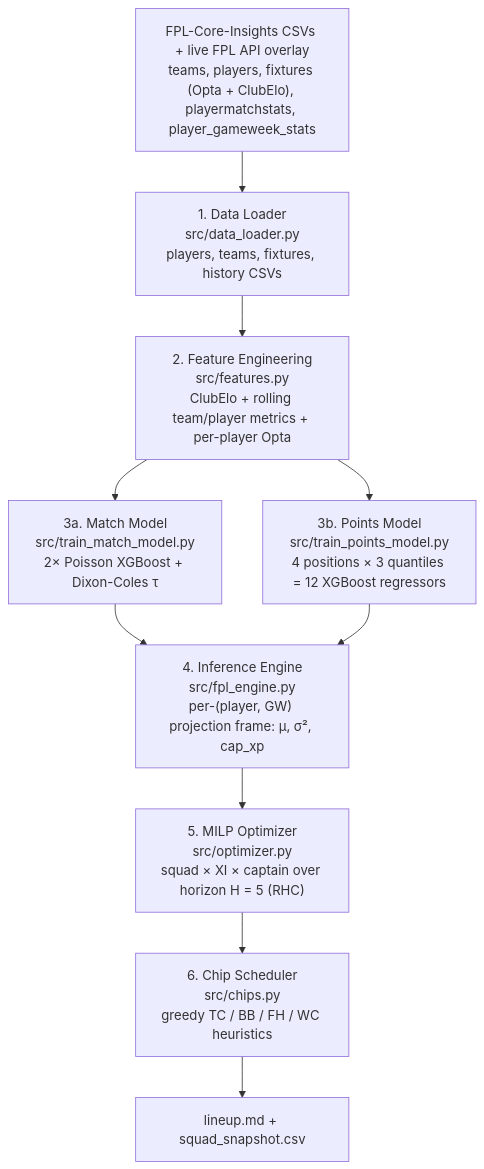
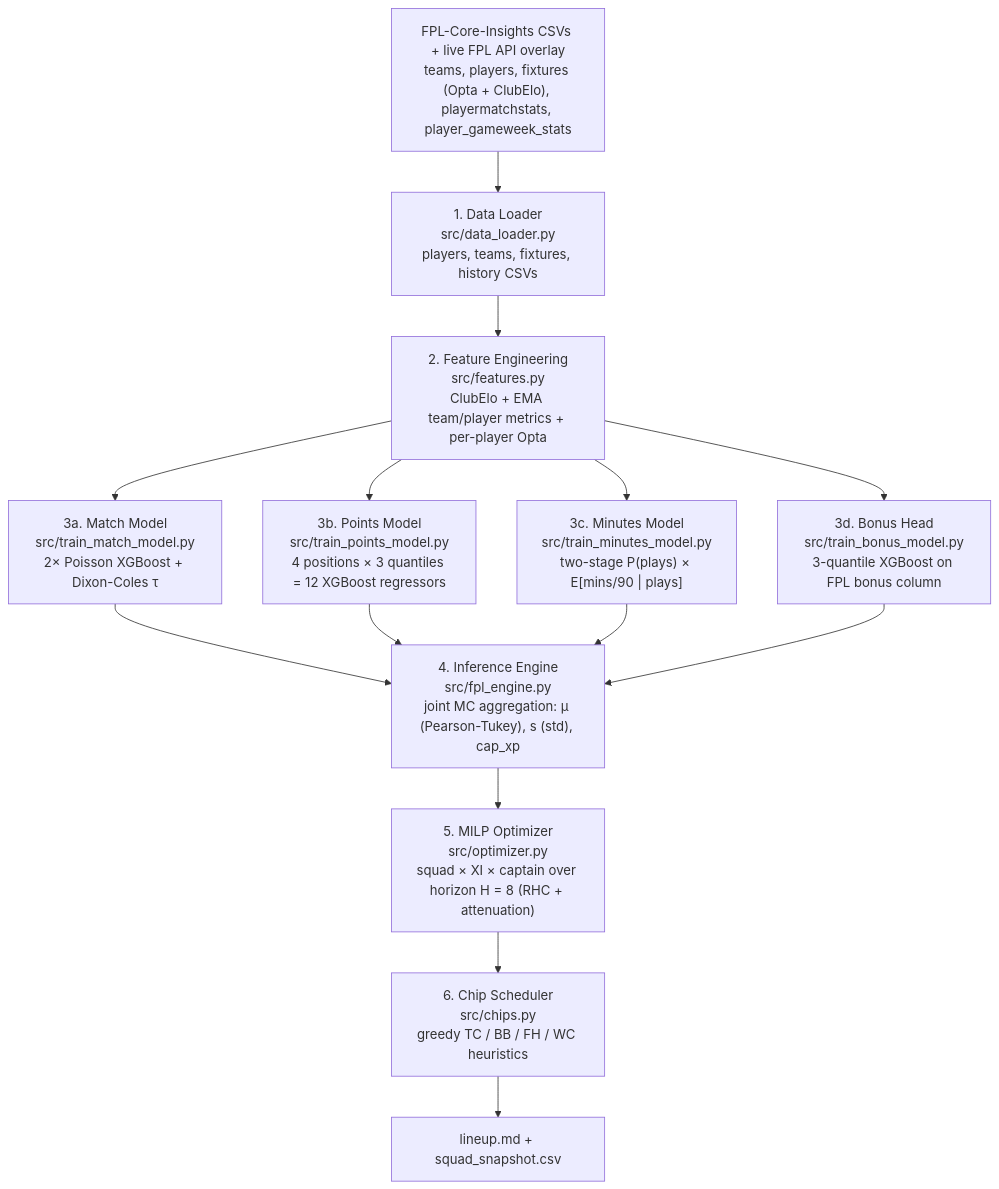
One commit to truong-tt/fpl-ml-manager changed the diagram in docs/README.md. Above: the diagram before and after it, drawn with Mermaid. The commit also changed other lines of this file and 16 other files, not shown here.

Commit message:
feat: ship bonus head, MC aggregator, two-stage mins, h=8 RHC

````diff
--- a/docs/README.md
+++ b/docs/README.md
@@ -38,18 +39,24 @@
 ```mermaid
 flowchart TD
     A["FPL-Core-Insights CSVs + live FPL API overlay<br/>teams, players, fixtures (Opta + ClubElo), playermatchstats, player_gameweek_stats"]
     B["1. Data Loader<br/>src/data_loader.py<br/>players, teams, fixtures, history CSVs"]
-    C["2. Feature Engineering<br/>src/features.py<br/>ClubElo + rolling team/player metrics + per-player Opta"]
+    C["2. Feature Engineering<br/>src/features.py<br/>ClubElo + EMA team/player metrics + per-player Opta"]
     D["3a. Match Model<br/>src/train_match_model.py<br/>2× Poisson XGBoost + Dixon-Coles τ"]
     E["3b. Points Model<br/>src/train_points_model.py<br/>4 positions × 3 quantiles = 12 XGBoost regressors"]
-    F["4. Inference Engine<br/>src/fpl_engine.py<br/>per-(player, GW) projection frame: μ, σ², cap_xp"]
-    G["5. MILP Optimizer<br/>src/optimizer.py<br/>squad × XI × captain over horizon H = 5 (RHC)"]
+    M["3c. Minutes Model<br/>src/train_minutes_model.py<br/>two-stage P(plays) × E[mins/90 | plays]"]
+    N["3d. Bonus Head<br/>src/train_bonus_model.py<br/>3-quantile XGBoost on FPL bonus column"]
+    F["4. Inference Engine<br/>src/fpl_engine.py<br/>joint MC aggregation: μ (Pearson-Tukey), s (std), cap_xp"]
+    G["5. MILP Optimizer<br/>src/optimizer.py<br/>squad × XI × captain over horizon H = 8 (RHC + attenuation)"]
     H["6. Chip Scheduler<br/>src/chips.py<br/>greedy TC / BB / FH / WC heuristics"]
     I["lineup.md + squad_snapshot.csv"]
     A --> B --> C
     C --> D
     C --> E
+    C --> M
+    C --> N
     D --> F
     E --> F
+    M --> F
+    N --> F
     F --> G --> H --> I
 ```
````
